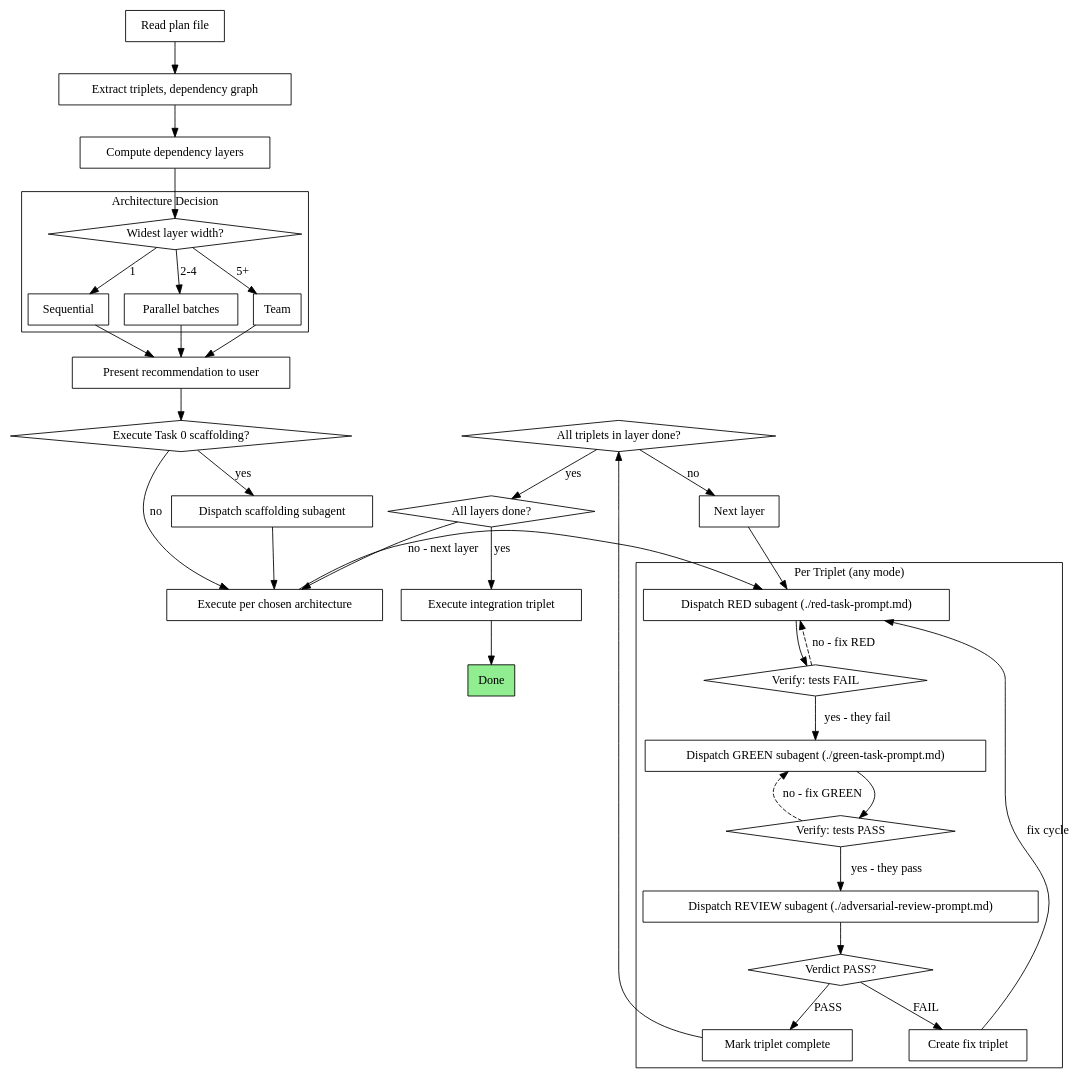
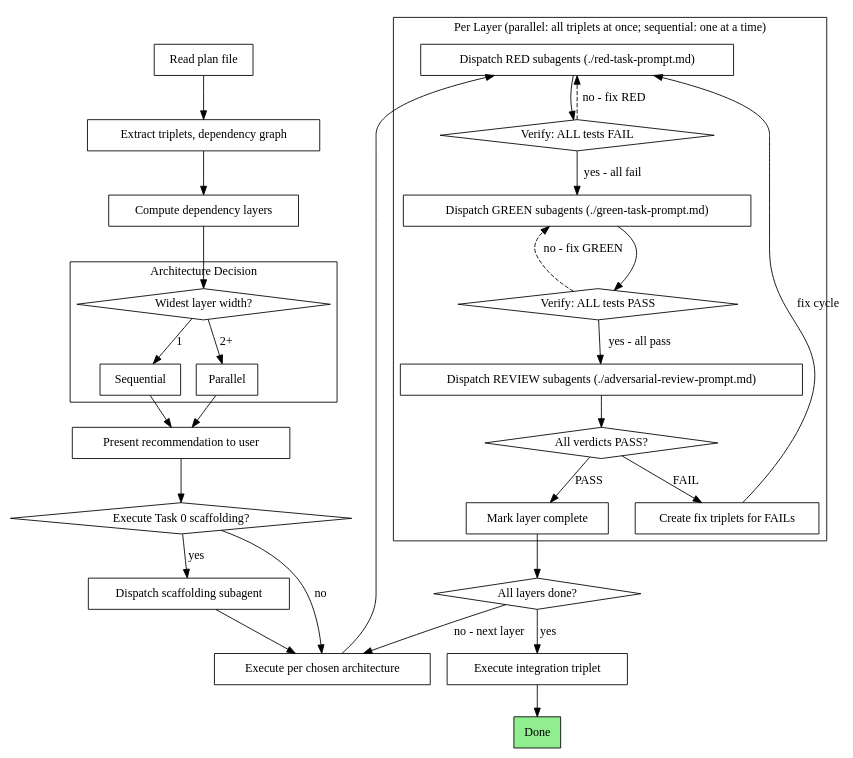
Before and after one commit to Dethon/ai-dev-flow: the second of 2 diagrams in skills/executing-tdd-plans/SKILL.md, drawn with Graphviz. The commit also changed other lines of this file and 4 other files, not shown here.

````diff
--- a/skills/executing-tdd-plans/SKILL.md
+++ b/skills/executing-tdd-plans/SKILL.md
@@ -38,74 +38,66 @@
 ```dot
 digraph process {
     rankdir=TB;
 
     "Read plan file" [shape=box];
     "Extract triplets, dependency graph" [shape=box];
     "Compute dependency layers" [shape=box];
 
     subgraph cluster_decide {
         label="Architecture Decision";
         "Widest layer width?" [shape=diamond];
         "Sequential" [shape=box];
-        "Parallel batches" [shape=box];
-        "Team" [shape=box];
+        "Parallel" [shape=box];
     }
 
     "Present recommendation to user" [shape=box];
     "Execute Task 0 scaffolding?" [shape=diamond];
     "Dispatch scaffolding subagent" [shape=box];
     "Execute per chosen architecture" [shape=box];
 
-    subgraph cluster_per_triplet {
-        label="Per Triplet (any mode)";
-        "Dispatch RED subagent (./red-task-prompt.md)" [shape=box];
-        "Verify: tests FAIL" [shape=diamond];
-        "Dispatch GREEN subagent (./green-task-prompt.md)" [shape=box];
-        "Verify: tests PASS" [shape=diamond];
-        "Dispatch REVIEW subagent (./adversarial-review-prompt.md)" [shape=box];
-        "Verdict PASS?" [shape=diamond];
-        "Create fix triplet" [shape=box];
-        "Mark triplet complete" [shape=box];
+    subgraph cluster_per_layer {
+        label="Per Layer (parallel: all triplets at once; sequential: one at a time)";
+        "Dispatch RED subagents (./red-task-prompt.md)" [shape=box];
+        "Verify: ALL tests FAIL" [shape=diamond];
+        "Dispatch GREEN subagents (./green-task-prompt.md)" [shape=box];
+        "Verify: ALL tests PASS" [shape=diamond];
+        "Dispatch REVIEW subagents (./adversarial-review-prompt.md)" [shape=box];
+        "All verdicts PASS?" [shape=diamond];
+        "Create fix triplets for FAILs" [shape=box];
+        "Mark layer complete" [shape=box];
     }
 
-    "All triplets in layer done?" [shape=diamond];
-    "Next layer" [shape=box];
     "All layers done?" [shape=diamond];
     "Execute integration triplet" [shape=box];
     "Done" [shape=box, style=filled, fillcolor=lightgreen];
 
     "Read plan file" -> "Extract triplets, dependency graph";
     "Extract triplets, dependency graph" -> "Compute dependency layers";
     "Compute dependency layers" -> "Widest layer width?";
     "Widest layer width?" -> "Sequential" [label="1"];
-    "Widest layer width?" -> "Parallel batches" [label="2-4"];
-    "Widest layer width?" -> "Team" [label="5+"];
+    "Widest layer width?" -> "Parallel" [label="2+"];
     "Sequential" -> "Present recommendation to user";
-    "Parallel batches" -> "Present recommendation to user";
-    "Team" -> "Present recommendation to user";
+    "Parallel" -> "Present recommendation to user";
     "Present recommendation to user" -> "Execute Task 0 scaffolding?";
     "Execute Task 0 scaffolding?" -> "Dispatch scaffolding subagent" [label="yes"];
     "Execute Task 0 scaffolding?" -> "Execute per chosen architecture" [label="no"];
     "Dispatch scaffolding subagent" -> "Execute per chosen architecture";
 
-    "Execute per chosen architecture" -> "Dispatch RED subagent (./red-task-prompt.md)";
-    "Dispatch RED subagent (./red-task-prompt.md)" -> "Verify: tests FAIL";
-    "Verify: tests FAIL" -> "Dispatch GREEN subagent (./green-task-prompt.md)" [label="yes - they fail"];
-    "Verify: tests FAIL" -> "Dispatch RED subagent (./red-task-prompt.md)" [label="no - fix RED", style=dashed];
-    "Dispatch GREEN subagent (./green-task-prompt.md)" -> "Verify: tests PASS";
-    "Verify: tests PASS" -> "Dispatch REVIEW subagent (./adversarial-review-prompt.md)" [label="yes - they pass"];
-    "Verify: tests PASS" -> "Dispatch GREEN subagent (./green-task-prompt.md)" [label="no - fix GREEN", style=dashed];
-    "Dispatch REVIEW subagent (./adversarial-review-prompt.md)" -> "Verdict PASS?";
-    "Verdict PASS?" -> "Mark triplet complete" [label="PASS"];
-    "Verdict PASS?" -> "Create fix triplet" [label="FAIL"];
-    "Create fix triplet" -> "Dispatch RED subagent (./red-task-prompt.md)" [label="fix cycle"];
+    "Execute per chosen architecture" -> "Dispatch RED subagents (./red-task-prompt.md)";
+    "Dispatch RED subagents (./red-task-prompt.md)" -> "Verify: ALL tests FAIL";
+    "Verify: ALL tests FAIL" -> "Dispatch GREEN subagents (./green-task-prompt.md)" [label="yes - all fail"];
+    "Verify: ALL tests FAIL" -> "Dispatch RED subagents (./red-task-prompt.md)" [label="no - fix RED", style=dashed];
+    "Dispatch GREEN subagents (./green-task-prompt.md)" -> "Verify: ALL tests PASS";
+    "Verify: ALL tests PASS" -> "Dispatch REVIEW subagents (./adversarial-review-prompt.md)" [label="yes - all pass"];
+    "Verify: ALL tests PASS" -> "Dispatch GREEN subagents (./green-task-prompt.md)" [label="no - fix GREEN", style=dashed];
+    "Dispatch REVIEW subagents (./adversarial-review-prompt.md)" -> "All verdicts PASS?";
+    "All verdicts PASS?" -> "Mark layer complete" [label="PASS"];
+    "All verdicts PASS?" -> "Create fix triplets for FAILs" [label="FAIL"];
+    "Create fix triplets for FAILs" -> "Dispatch RED subagents (./red-task-prompt.md)" [label="fix cycle"];
 
-    "Mark triplet complete" -> "All triplets in layer done?";
-    "All triplets in layer done?" -> "Next layer" [label="no"];
-    "Next layer" -> "Dispatch RED subagent (./red-task-prompt.md)";
-    "All triplets in layer done?" -> "All layers done?" [label="yes"];
+    "Mark layer complete" -> "All layers done?";
     "All layers done?" -> "Execute per chosen architecture" [label="no - next layer"];
     "All layers done?" -> "Execute integration triplet" [label="yes"];
     "Execute integration triplet" -> "Done";
 }
 ```
````
